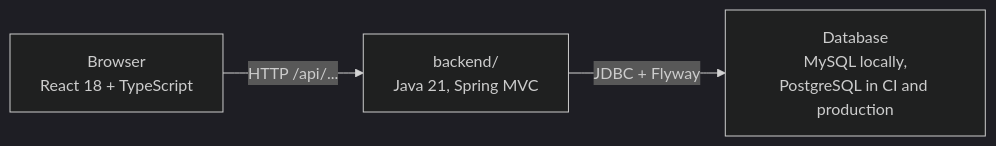
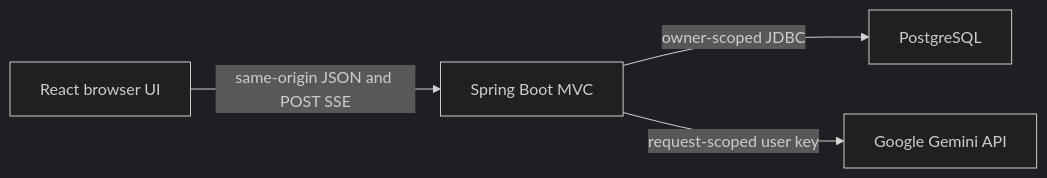
Before and after one commit to leeroy-chakanyuka/chomiii: the diagram in README.md, drawn with Mermaid (dark theme). The commit also changed other lines of this file and 54 other files, not shown here.

````diff
--- a/README.md
+++ b/README.md
@@ -13,5 +14,6 @@
 ```mermaid
 flowchart LR
-    B["Browser<br/>React 18 + TypeScript"] -->|"HTTP /api/..."| API["backend/<br/>Java 21, Spring MVC"]
-    API -->|"JDBC + Flyway"| DB["Database<br/>MySQL locally,<br/>PostgreSQL in CI and production"]
+    Browser["React browser UI"] -->|"same-origin JSON and POST SSE"| API["Spring Boot MVC"]
+    API -->|"owner-scoped JDBC"| DB["PostgreSQL"]
+    API -->|"request-scoped user key"| Gemini["Google Gemini API"]
 ```
````
